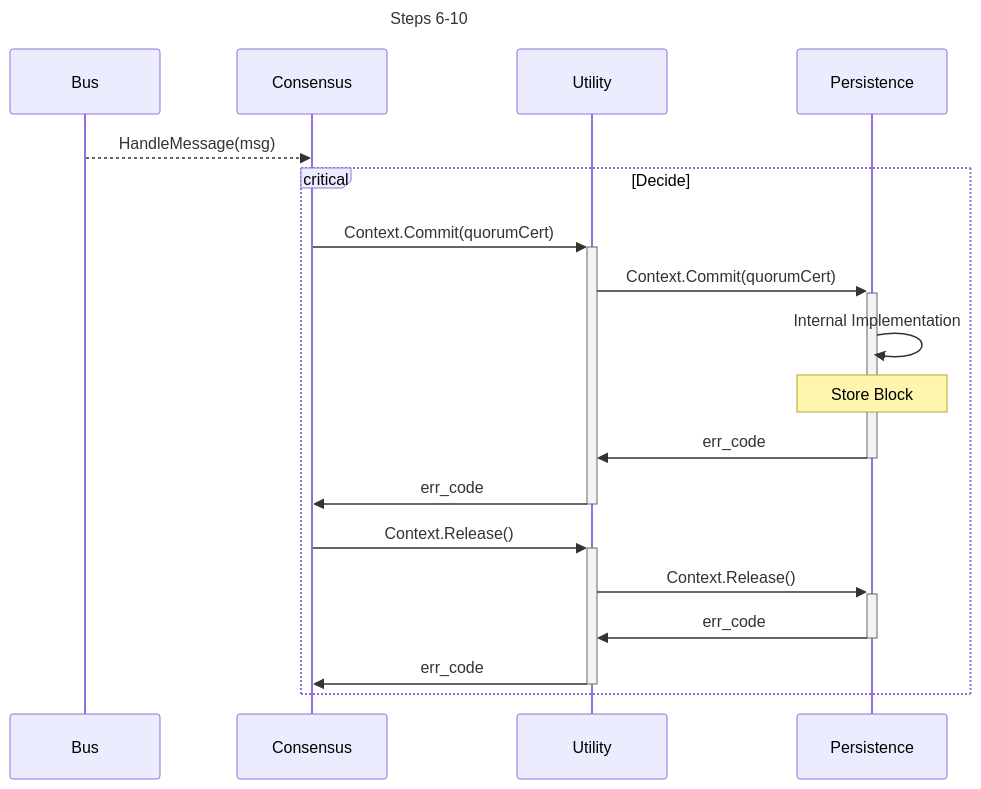
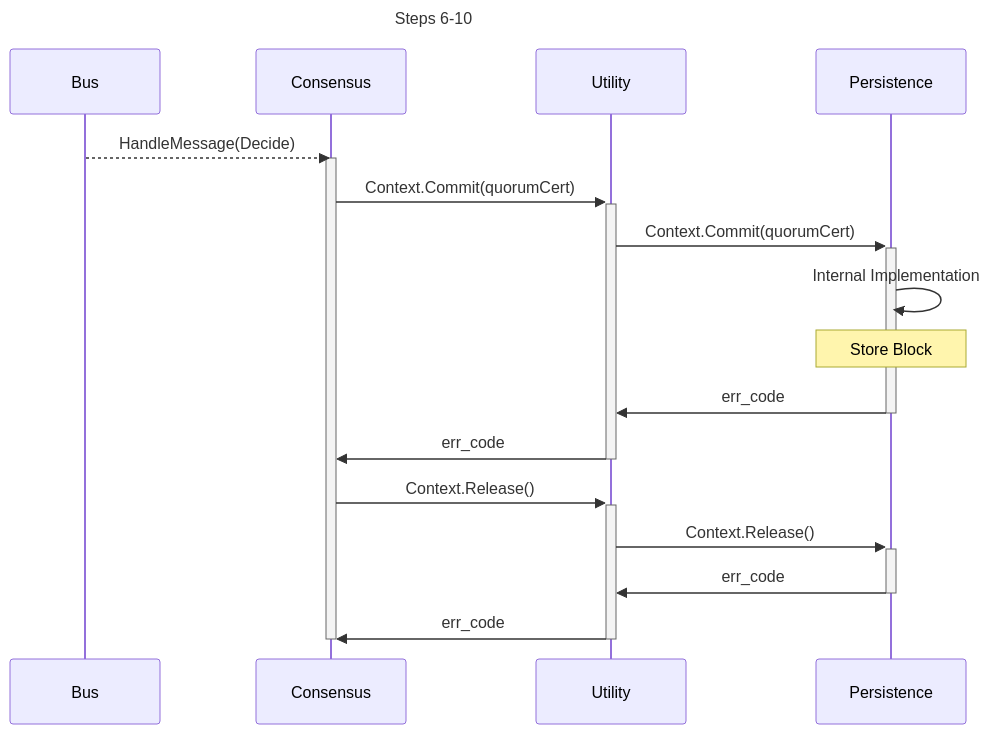
Before and after one commit to pokt-network/pocket: the second of 5 diagrams in shared/docs/PROTOCOL_STATE_HASH.md, drawn with Mermaid. The commit also changed other lines of this file, not shown here.

Commit message:
Remove unnecessary critical sections

````diff
--- a/shared/docs/PROTOCOL_STATE_HASH.md
+++ b/shared/docs/PROTOCOL_STATE_HASH.md
@@ -59,29 +59,28 @@
 ```mermaid
 sequenceDiagram
     title Steps 6-10
     participant B as Bus
     participant C as Consensus
     participant U as Utility
     participant P as Persistence
 
     %% Handle New Message
-    B-->>C: HandleMessage(msg)
+    B-->>C: HandleMessage(Decide)
 
-    critical Decide
-        %% Commit Context
-        C->>+U: Context.Commit(quorumCert)
-        U->>+P: Context.Commit(quorumCert)
-        P->>P: Internal Implementation
-        Note over P: Store Block
-        P->>-U: err_code
-        U->>C: err_code
-        deactivate U
+    activate C
+    %% Commit Context
+    C->>+U: Context.Commit(quorumCert)
+    U->>+P: Context.Commit(quorumCert)
+    P->>P: Internal Implementation
+    Note over P: Store Block
+    P->>-U: err_code
+    U->>C: err_code
+    deactivate U
 
-        %% Release Context
-        C->>+U: Context.Release()
-        U->>+P: Context.Release()
-        P->>-U: err_code
-        U->>-C: err_code
-    end
-
+    %% Release Context
+    C->>+U: Context.Release()
+    U->>+P: Context.Release()
+    P->>-U: err_code
+    U->>-C: err_code
+    deactivate C
 ```
````
